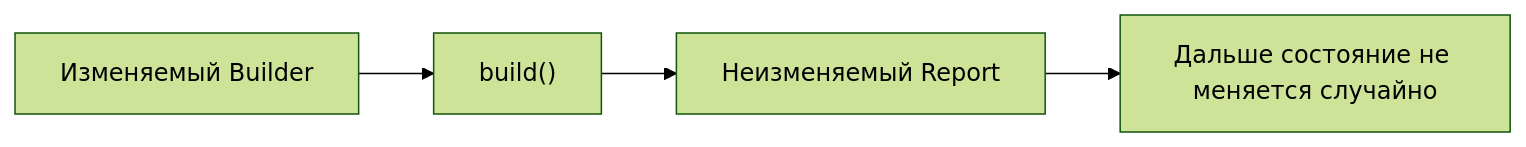
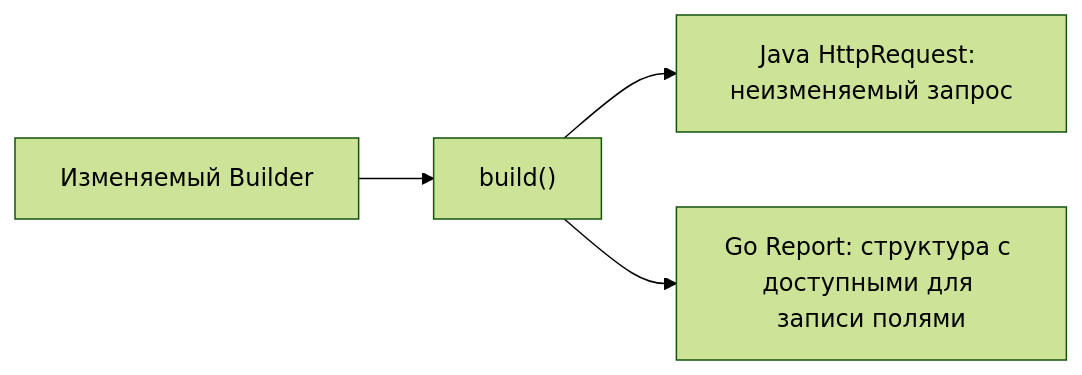
Before and after one commit to Kert0n/KPO: the tenth of 16 diagrams in content/lectures/Lec4/vitepress.md, drawn with Mermaid (forest theme). The commit also changed other lines of this file, not shown here.

````diff
--- a/content/lectures/Lec4/vitepress.md
+++ b/content/lectures/Lec4/vitepress.md
@@ -1243,6 +1261,6 @@
 ```mermaid
 flowchart LR
   Mutable[Изменяемый Builder] --> Build["build()"]
-  Build --> Immutable[Неизменяемый Report]
-  Immutable --> Safe[Дальше состояние не меняется случайно]
+  Build --> Java["Java HttpRequest: неизменяемый запрос"]
+  Build --> Go["Go Report: структура с доступными для записи полями"]
 ```
````
